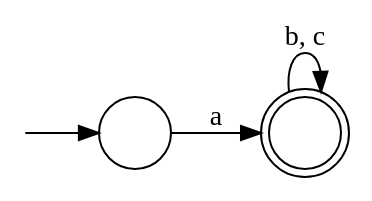
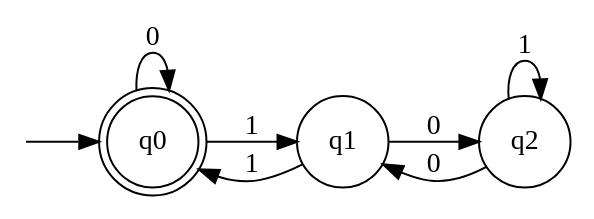
The diagram in dfa_m.dot (water-mizuu/finite_automata_conversion), drawn with Graphviz before and after one commit. The commit also changed 10 other files, not shown here.

```diff
--- a/dfa_m.dot
+++ b/dfa_m.dot
@@ -1,9 +1,14 @@
 digraph G {
   rankdir=LR;
   n__ [label="" shape=none width=.0];
-  0 [shape=circle label=""]
-  1 [shape=doublecircle label=""]
+  0 [shape=doublecircle label="q0"]
+  1 [shape=circle label="q1"]
+  2 [shape=circle label="q2"]
   n__ -> 0;
-  0 -> 1 [label="a"]
-  1 -> 1 [label="b, c"]
+  0 -> 0 [label="0"]
+  0 -> 1 [label="1"]
+  1 -> 2 [label="0"]
+  1 -> 0 [label="1"]
+  2 -> 1 [label="0"]
+  2 -> 2 [label="1"]
 }
```
